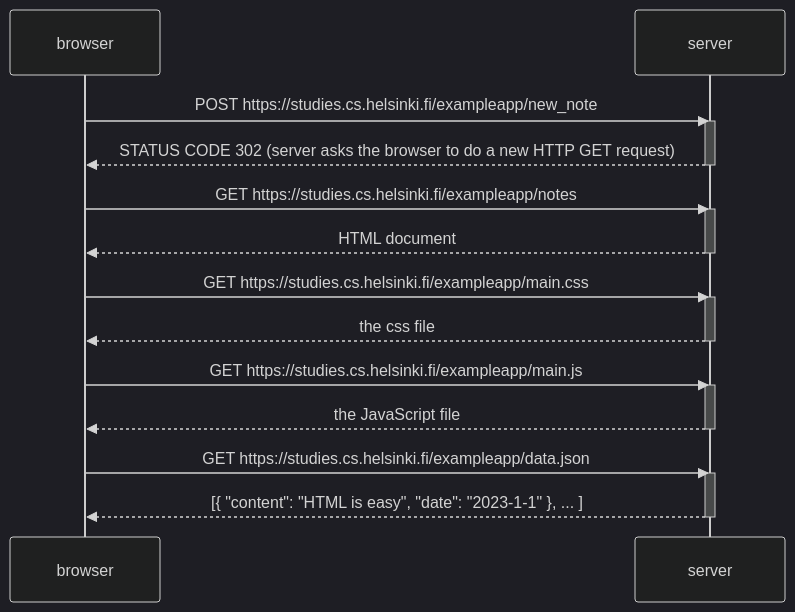
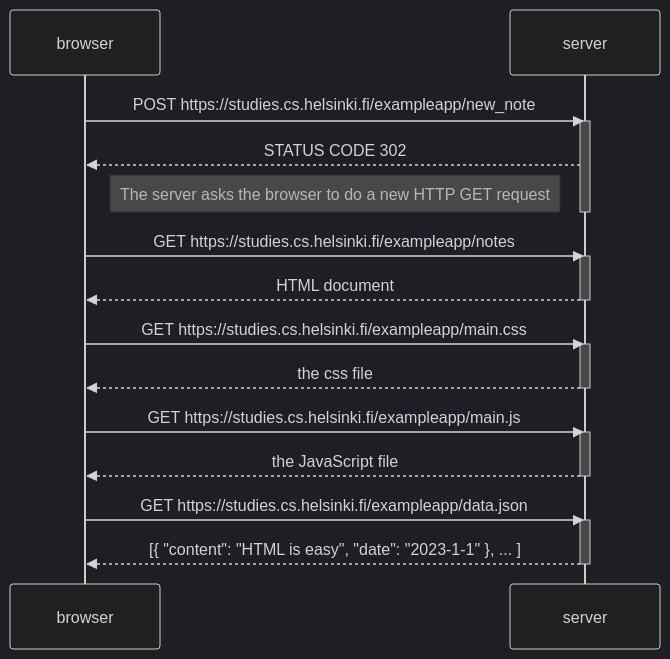
The diagram in part0/ex04.md (Kebe97/fullStackOpen), drawn with Mermaid (dark theme) before and after one commit.

Commit message:
added a note comment about the server response to the POST request

````diff
--- a/part0/ex04.md
+++ b/part0/ex04.md
@@ -2,31 +2,32 @@
 ```mermaid
 sequenceDiagram
     participant browser
     participant server
 
     browser->>server: POST https://studies.cs.helsinki.fi/exampleapp/new_note
     activate server
-    server-->>browser: STATUS CODE 302 (server asks the browser to do a new HTTP GET request)
+    server-->>browser: STATUS CODE 302 
+    note left of server: The server asks the browser to do a new HTTP GET request
     deactivate server
 
     browser->>server: GET https://studies.cs.helsinki.fi/exampleapp/notes
     activate server
     server-->>browser: HTML document
     deactivate server
 
     browser->>server: GET https://studies.cs.helsinki.fi/exampleapp/main.css
     activate server
     server-->>browser: the css file
     deactivate server
 
     browser->>server: GET https://studies.cs.helsinki.fi/exampleapp/main.js
     activate server
     server-->>browser: the JavaScript file
     deactivate server
 
     browser->>server: GET https://studies.cs.helsinki.fi/exampleapp/data.json
     activate server
     server-->>browser: [{ "content": "HTML is easy", "date": "2023-1-1" }, ... ]
     deactivate server
     
 ```
````
